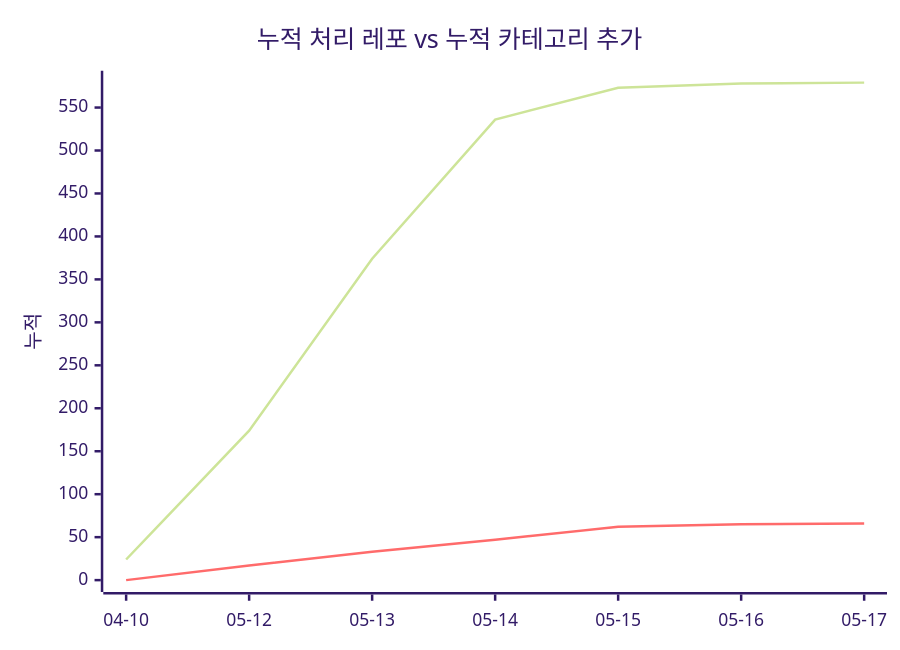
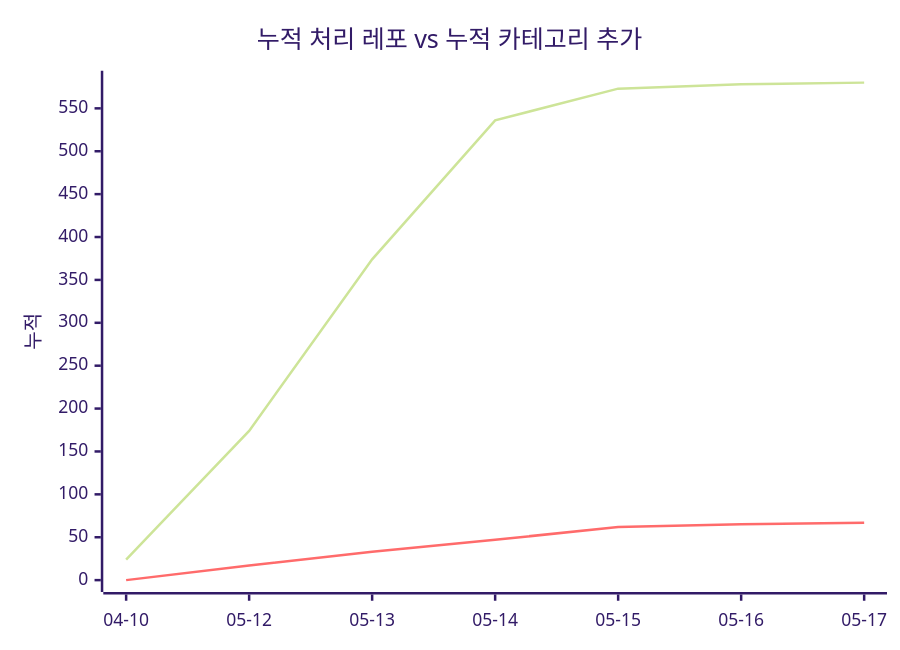
The second of 2 diagrams in docs/trends.md (J-nowcow/awesome-korean-agent-skills), drawn with Mermaid (forest theme) before and after one commit. The commit also changed other lines of this file and 4 other files, not shown here.

````diff
--- a/docs/trends.md
+++ b/docs/trends.md
@@ -61,8 +61,8 @@
 ```mermaid
 xychart-beta
     title "누적 처리 레포 vs 누적 카테고리 추가"
     x-axis ["04-10","05-12","05-13","05-14","05-15","05-16","05-17"]
     y-axis "누적"
-    line [24,174,374,536,573,578,579]
-    line [0,17,33,47,62,65,66]
+    line [24,174,374,536,573,578,580]
+    line [0,17,33,47,62,65,67]
 ```
````
